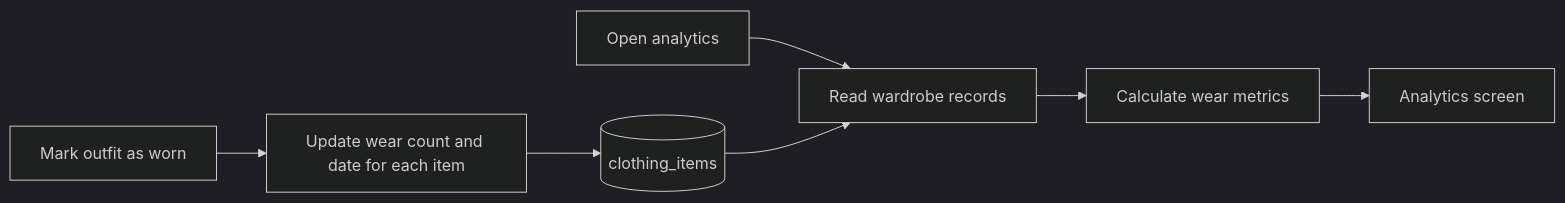
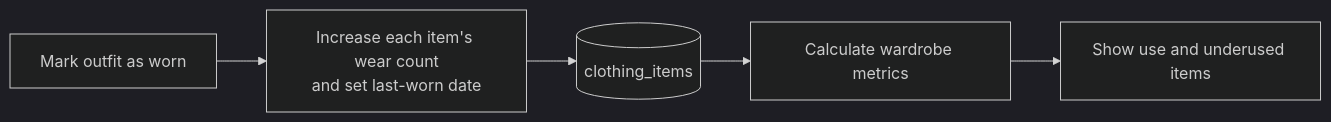
The fourth of 4 diagrams in README.md (heyitssyakirrr/stylemate), drawn with Mermaid (dark theme) before and after one commit. The commit also changed other lines of this file, not shown here.

````diff
--- a/README.md
+++ b/README.md
@@ -101,9 +94,7 @@
 ```mermaid
 flowchart LR
-    A["Mark outfit as worn"] --> B["Update wear count and date for each item"]
-    B --> DB[("clothing_items")]
-    C["Open analytics"] --> D["Read wardrobe records"]
-    DB --> D
-    D --> E["Calculate wear metrics"]
-    E --> F["Analytics screen"]
+    Worn["Mark outfit as worn"] --> Update["Increase each item's wear count<br/>and set last-worn date"]
+    Update --> DB[("clothing_items")]
+    DB --> Analytics["Calculate wardrobe metrics"]
+    Analytics --> View["Show use and underused items"]
 ```
````
